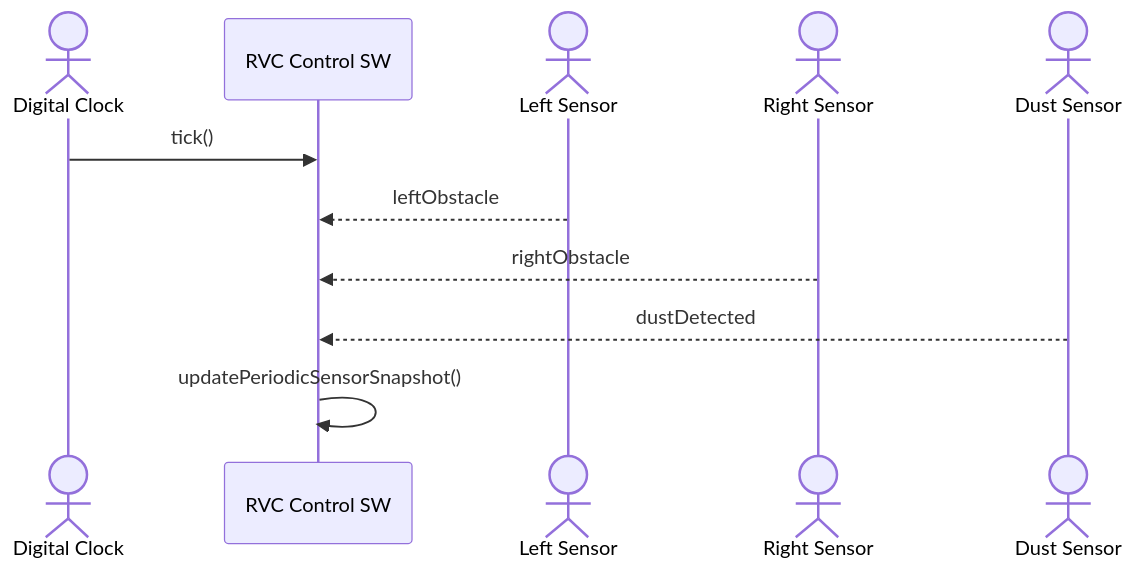
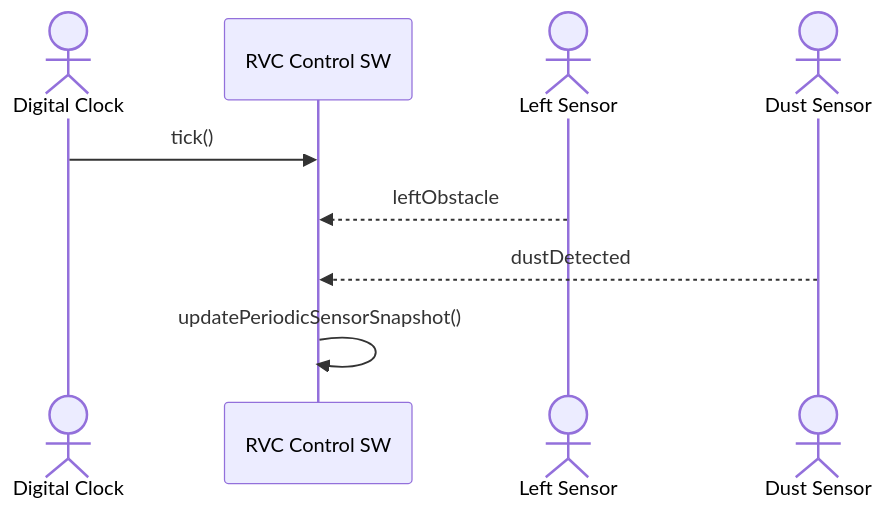
The fourth of 6 diagrams in docs/ooa_ssd.md (reload02/ooad-vibe), drawn with Mermaid before and after one commit. The commit also changed other lines of this file and 21 other files, not shown here.

````diff
--- a/docs/ooa_ssd.md
+++ b/docs/ooa_ssd.md
@@ -69,14 +68,12 @@
 ```mermaid
 sequenceDiagram
     actor Clock as Digital Clock
     participant System as RVC Control SW
     actor LeftSensor as Left Sensor
-    actor RightSensor as Right Sensor
     actor DustSensor as Dust Sensor
 
     Clock->>System: tick()
     LeftSensor-->>System: leftObstacle
-    RightSensor-->>System: rightObstacle
     DustSensor-->>System: dustDetected
     System->>System: updatePeriodicSensorSnapshot()
 ```
````
